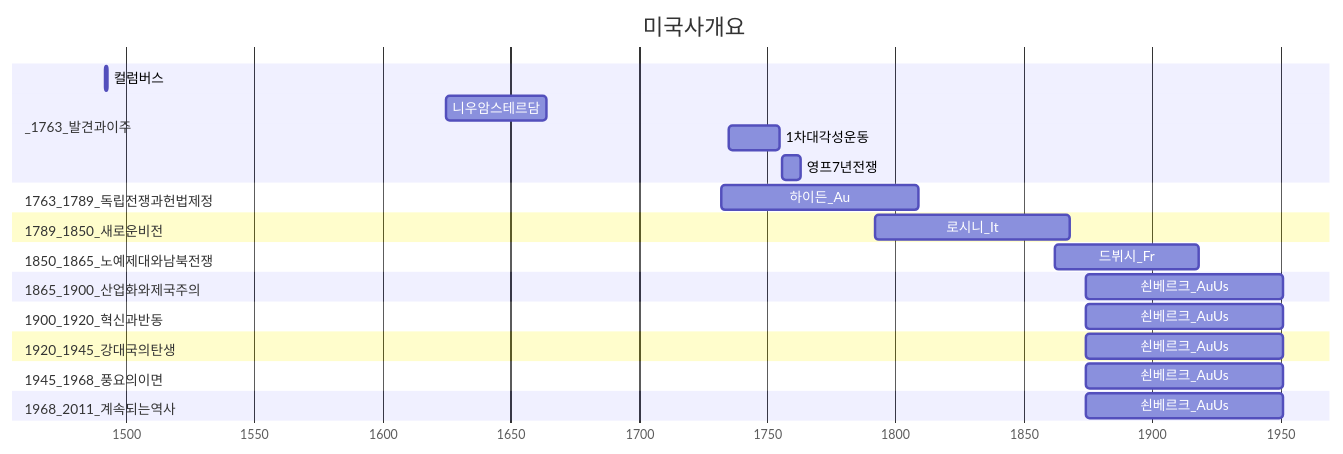
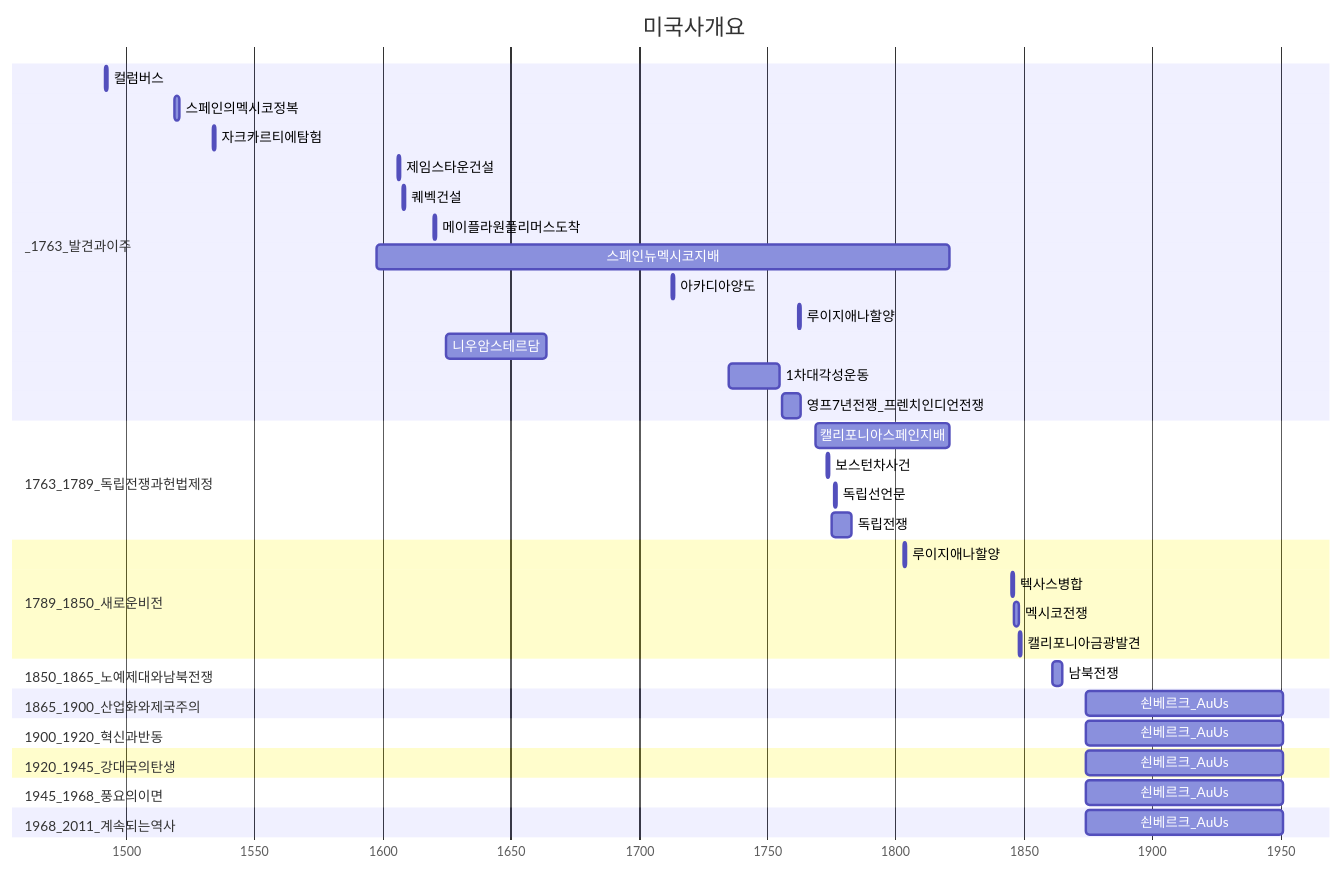
One commit to daewonyoon/historigram changed the diagram in 세계사/미국사개요.md. Above: the diagram before and after it, drawn with Mermaid.

Commit message:
historigram of america

````diff
--- a/세계사/미국사개요.md
+++ b/세계사/미국사개요.md
@@ -1,40 +1,56 @@
 ```mermaid
 gantt
 	title 미국사개요
 	dateFormat YYYY
 	axisFormat %Y
 	
 	section _1763_발견과이주
 	컬럼버스 : 1492, 1493
+	스페인의멕시코정복 : 1519, 1521
+	자크카르티에탐험 : 1534, 1535
+	제임스타운건설 : 1606, 1607
+	퀘벡건설 : 1608, 1609
+	메이플라원플리머스도착 : 1620, 1621
+	스페인뉴멕시코지배 : 1598, 1821
+	아카디아양도 : 1713, 1714
+	루이지애나할양 : 1762, 1763
+
 	니우암스테르담 : 1625, 1664
 	1차대각성운동 : 1735, 1755
-	영프7년전쟁: 1756, 1763
+	영프7년전쟁_프렌치인디언전쟁 : 1756, 1763
 	
 	section 1763_1789_독립전쟁과헌법제정
-	하이든_Au: 1732, 1809
+	캘리포니아스페인지배 : 1769, 1821
+	보스턴차사건 : 1773, 1774
+	독립선언문 : 1776, 1777
+	독립전쟁 : 1775, 1783
+
 	
 	section 1789_1850_새로운비전
-	로시니_It: 1792, 1868
+	루이지애나할양 : 1803, 1804
+	텍사스병합 : 1845, 1846
+	멕시코전쟁 : 1846, 1848
+	캘리포니아금광발견 : 1848, 1849
 	
 	
 	section 1850_1865_노예제대와남북전쟁
-	드뷔시_Fr: 1862, 1918
+	남북전쟁 : 1861, 1865
 	
 	section 1865_1900_산업화와제국주의
 	쇤베르크_AuUs: 1874, 1951
 	
 	section 1900_1920_혁신과반동
 	쇤베르크_AuUs: 1874, 1951
 	
 	section 1920_1945_강대국의탄생
 	쇤베르크_AuUs: 1874, 1951
 	
 	section 1945_1968_풍요의이면
 	쇤베르크_AuUs: 1874, 1951
 	
 	section 1968_2011_계속되는역사
 	쇤베르크_AuUs: 1874, 1951
 	
 	
 
 ```
````
